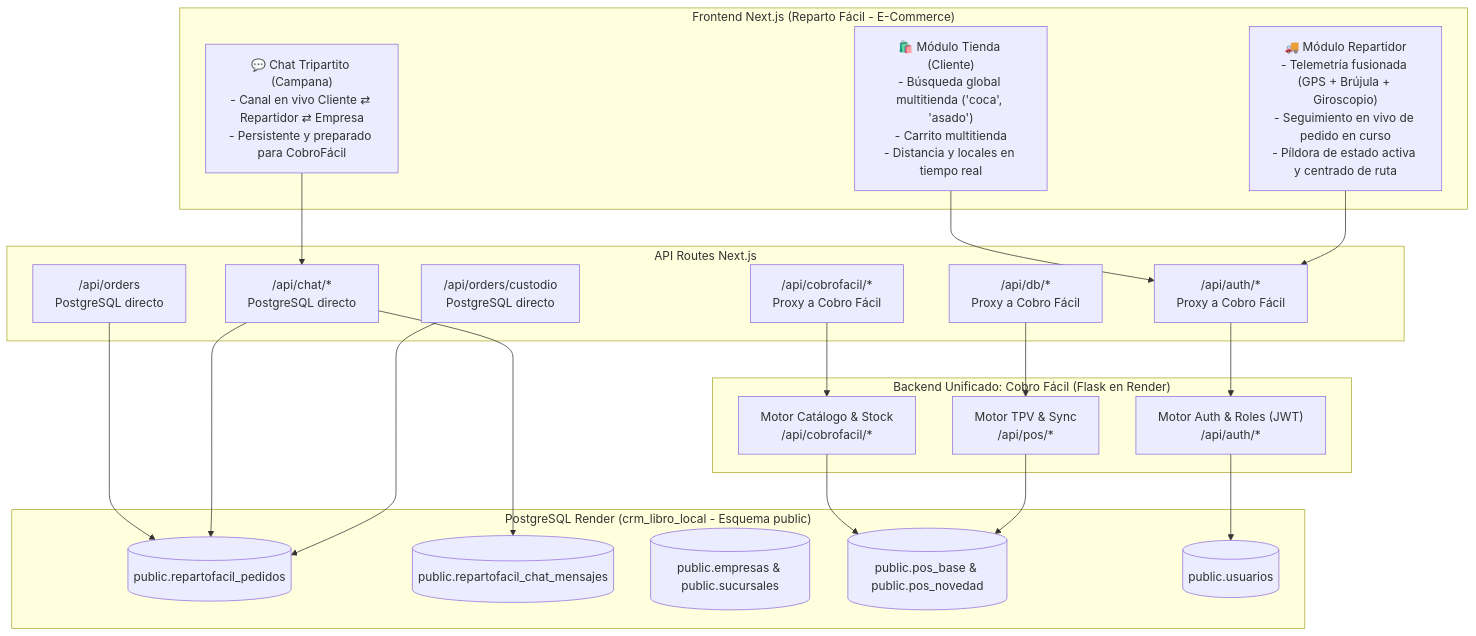
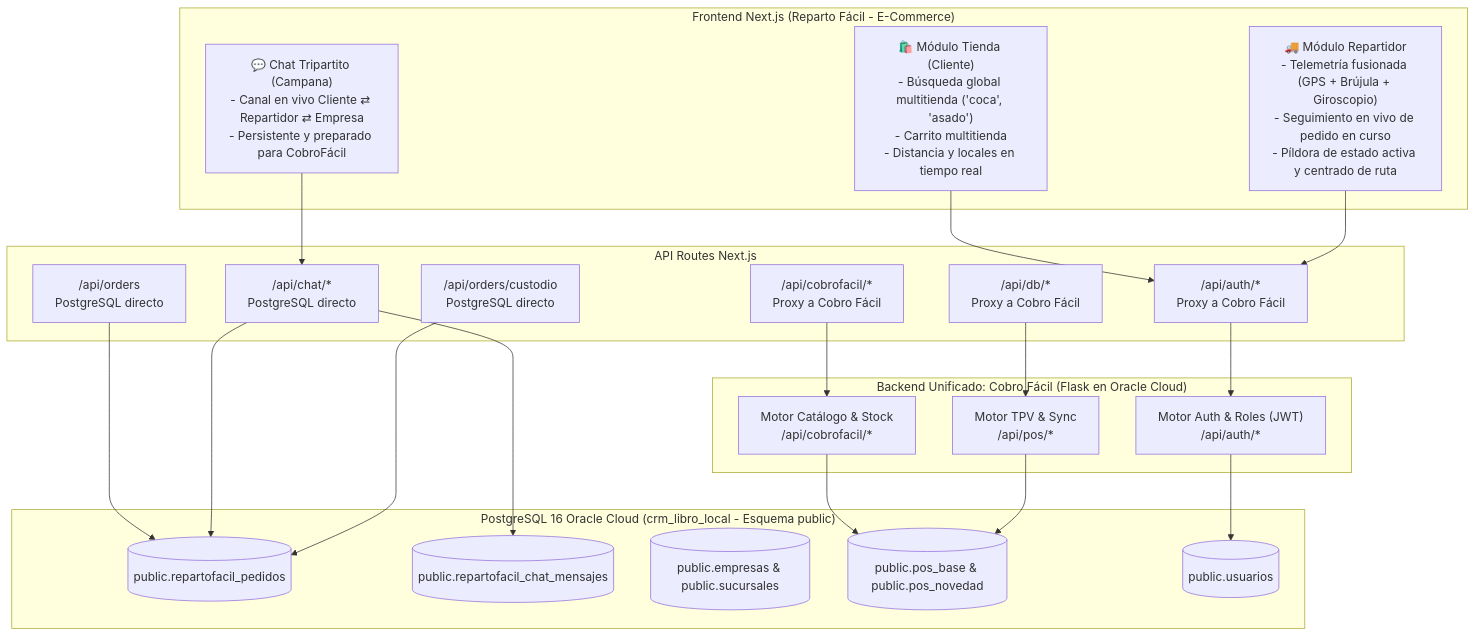
The diagram in docs/ARQUITECTURA_Y_ROADMAP.md (cesarmaciel1234/RepartoFacil-web), drawn with Mermaid before and after one commit. The commit also changed other lines of this file and 80 other files, not shown here.

Commit message:
fix(vps): sincronizacion 100% en vivo con crm_libro_local, endpoint tiendas y perfil contacto maciel

````diff
--- a/docs/ARQUITECTURA_Y_ROADMAP.md
+++ b/docs/ARQUITECTURA_Y_ROADMAP.md
@@ -17,45 +20,45 @@
 ```mermaid
 flowchart TD
     subgraph Frontend["Frontend Next.js (Reparto Fácil - E-Commerce)"]
         UI_Cliente["🛍️ Módulo Tienda (Cliente)\n- Búsqueda global multitienda ('coca', 'asado')\n- Carrito multitienda\n- Distancia y locales en tiempo real"]
         UI_Repartidor["🚚 Módulo Repartidor\n- Telemetría fusionada (GPS + Brújula + Giroscopio)\n- Seguimiento en vivo de pedido en curso\n- Píldora de estado activa y centrado de ruta"]
         UI_Chat["💬 Chat Tripartito (Campana)\n- Canal en vivo Cliente ⇄ Repartidor ⇄ Empresa\n- Persistente y preparado para CobroFácil"]
     end
 
     subgraph NextAPI["API Routes Next.js"]
         OrdersAPI["/api/orders\nPostgreSQL directo"]
         ChatAPI["/api/chat/*\nPostgreSQL directo"]
         CustodioAPI["/api/orders/custodio\nPostgreSQL directo"]
         ProxyAuth["/api/auth/*\nProxy a Cobro Fácil"]
         ProxyCF["/api/cobrofacil/*\nProxy a Cobro Fácil"]
         ProxyDB["/api/db/*\nProxy a Cobro Fácil"]
     end
 
-    subgraph BackendAPI["Backend Unificado: Cobro Fácil (Flask en Render)"]
+    subgraph BackendAPI["Backend Unificado: Cobro Fácil (Flask en Oracle Cloud)"]
         AuthEngine["Motor Auth & Roles (JWT)\n/api/auth/*"]
         PosEngine["Motor TPV & Sync\n/api/pos/*"]
         CatalogEngine["Motor Catálogo & Stock\n/api/cobrofacil/*"]
     end
 
-    subgraph BaseDeDatos["PostgreSQL Render (crm_libro_local - Esquema public)"]
+    subgraph BaseDeDatos["PostgreSQL 16 Oracle Cloud (crm_libro_local - Esquema public)"]
         Col_Orders[("public.repartofacil_pedidos")]
         Col_Chat[("public.repartofacil_chat_mensajes")]
         Col_Companies[("public.empresas & public.sucursales")]
         Col_Catalog[("public.pos_base & public.pos_novedad")]
         Col_Users[("public.usuarios")]
     end
 
     UI_Cliente --> ProxyAuth
     UI_Repartidor --> ProxyAuth
     UI_Chat --> ChatAPI
     OrdersAPI --> Col_Orders
     ChatAPI --> Col_Chat
     ChatAPI --> Col_Orders
     CustodioAPI --> Col_Orders
     ProxyCF --> CatalogEngine
     ProxyAuth --> AuthEngine
     ProxyDB --> PosEngine
     AuthEngine --> Col_Users
     CatalogEngine --> Col_Catalog
     PosEngine --> Col_Catalog
 ```
````
